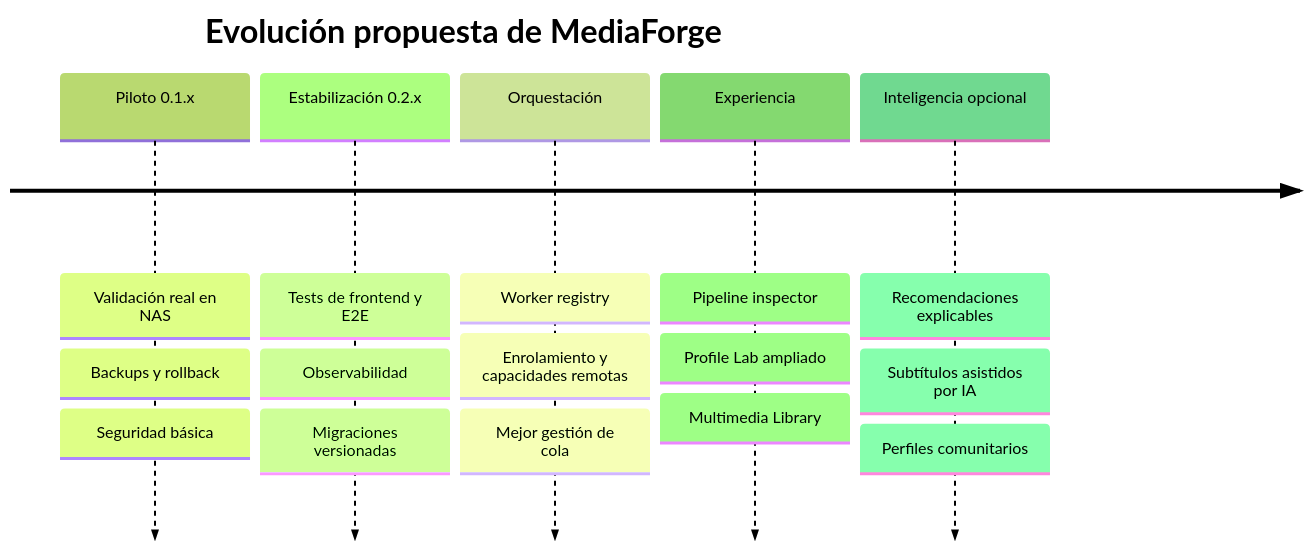
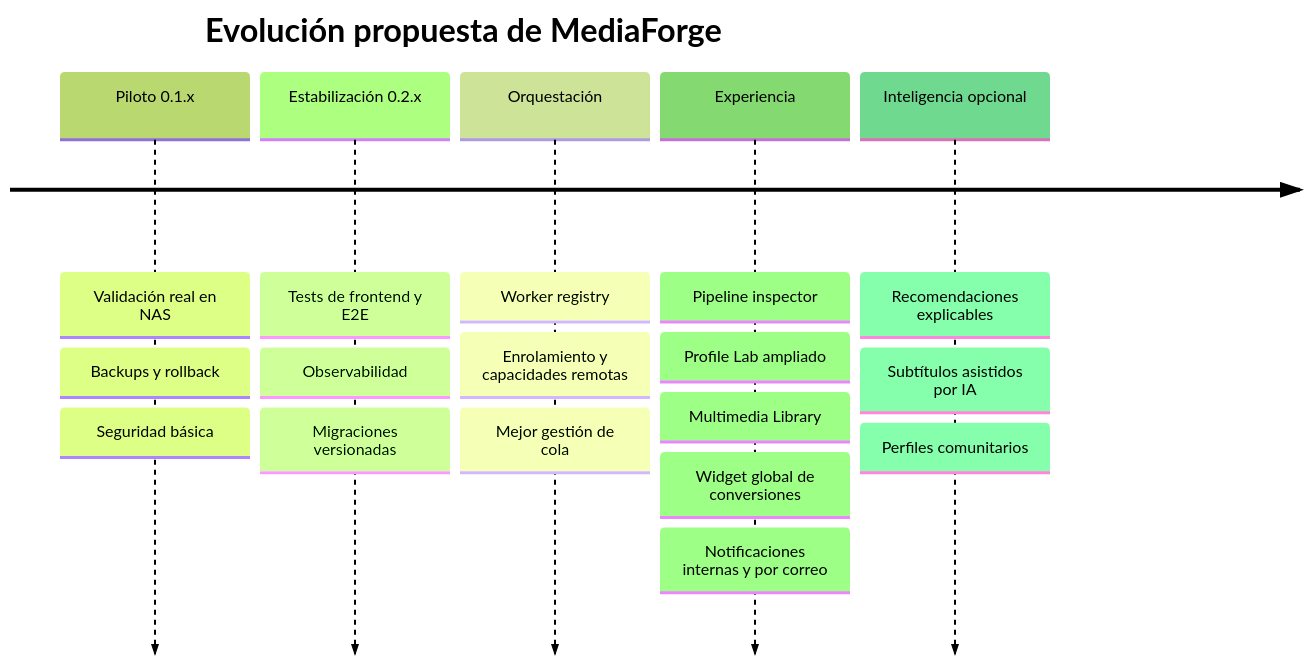
The diagram in docs/roadmap/README.md (xxmenioxx/mediaforge), drawn with Mermaid (forest theme) before and after one commit. The commit also changed 41 other files, not shown here.

````diff
--- a/docs/roadmap/README.md
+++ b/docs/roadmap/README.md
@@ -7,19 +7,21 @@
 ```mermaid
 timeline
     title Evolución propuesta de MediaForge
     Piloto 0.1.x : Validación real en NAS
                  : Backups y rollback
                  : Seguridad básica
     Estabilización 0.2.x : Tests de frontend y E2E
                          : Observabilidad
                          : Migraciones versionadas
     Orquestación : Worker registry
                  : Enrolamiento y capacidades remotas
                  : Mejor gestión de cola
     Experiencia : Pipeline inspector
                 : Profile Lab ampliado
                 : Multimedia Library
+                : Widget global de conversiones
+                : Notificaciones internas y por correo
     Inteligencia opcional : Recomendaciones explicables
                            : Subtítulos asistidos por IA
                            : Perfiles comunitarios
 ```
````
